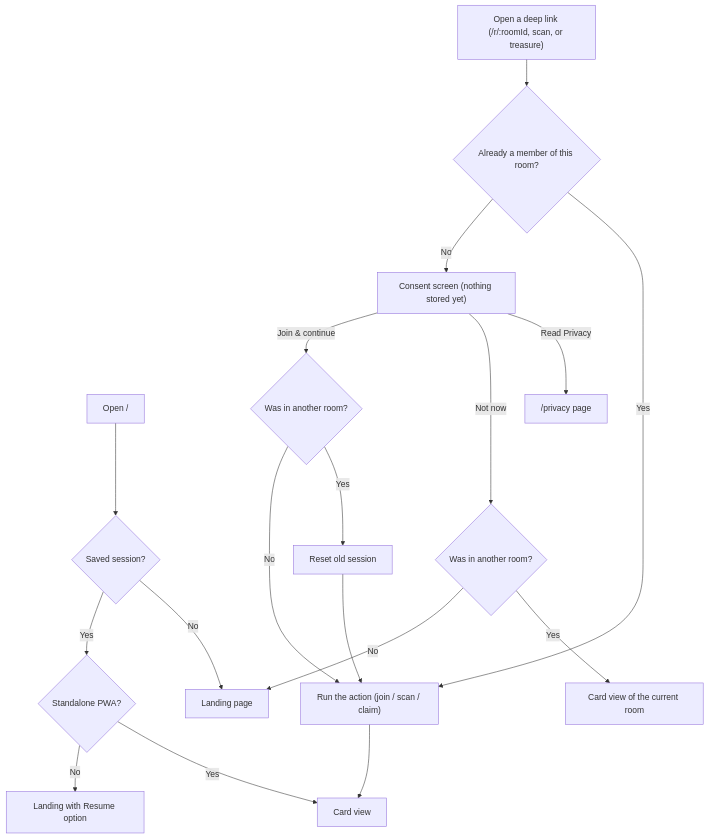
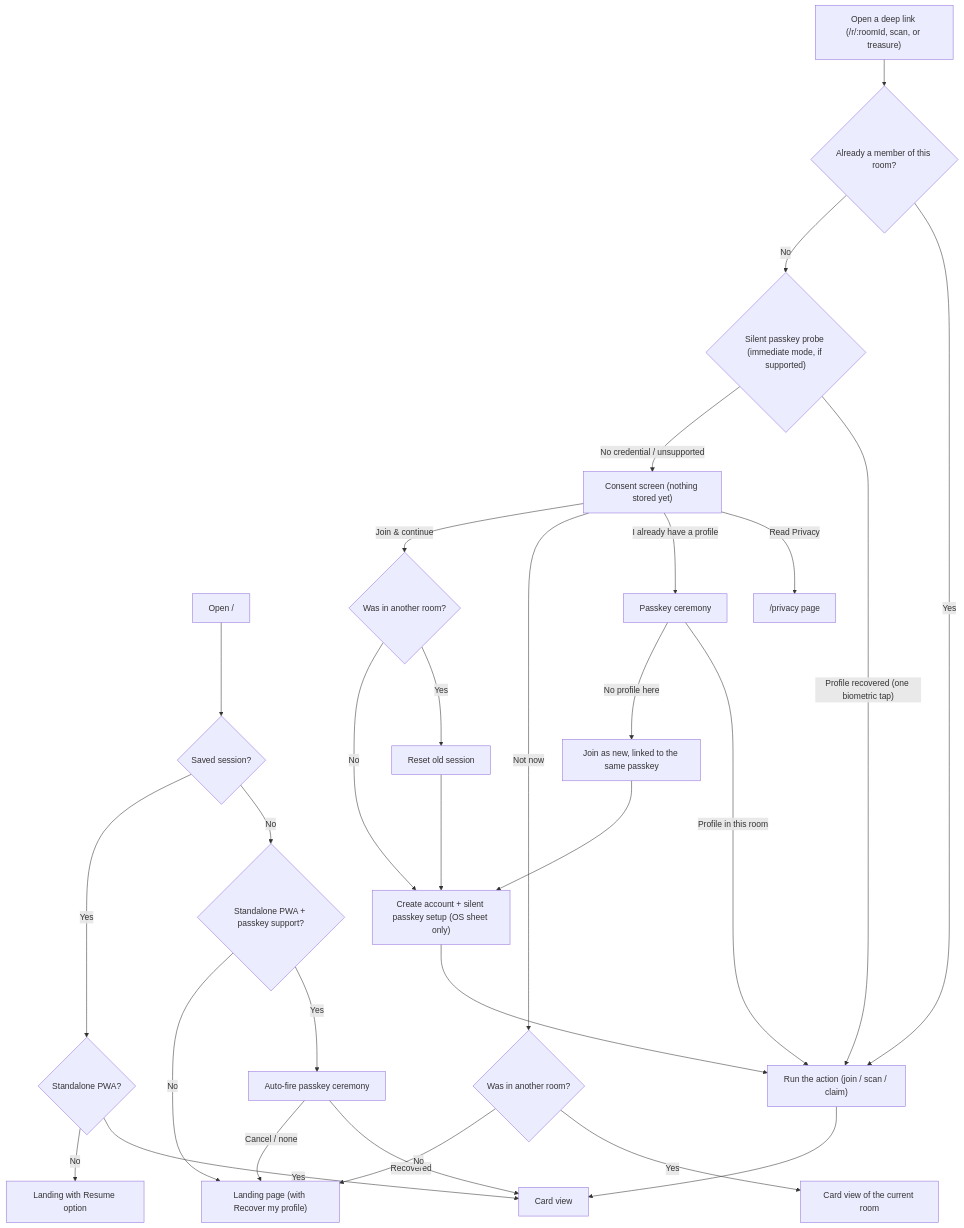
One commit to vhiribarren/qrmeet changed the first of 8 diagrams in docs/flows.md. Above: the diagram before and after it, drawn with Mermaid. The commit also changed other lines of this file and 26 other files, not shown here.

Commit message:
passkey: mechanism to not lose session in case of browser context change

````diff
--- a/docs/flows.md
+++ b/docs/flows.md
@@ -11,19 +11,29 @@
 ```mermaid
 graph TD
     Root["Open /"] --> RootSaved{Saved session?}
-    RootSaved -- No --> Landing[Landing page]
+    RootSaved -- No --> RootPwa{"Standalone PWA + passkey support?"}
+    RootPwa -- Yes --> AutoFire["Auto-fire passkey ceremony"]
+    AutoFire -- Recovered --> Card
+    AutoFire -- "Cancel / none" --> Landing["Landing page (with Recover my profile)"]
+    RootPwa -- No --> Landing
     RootSaved -- Yes --> RootMode{Standalone PWA?}
     RootMode -- Yes --> Card[Card view]
     RootMode -- No --> LandingResume[Landing with Resume option]
 
     Deep["Open a deep link (/r/:roomId, scan, or treasure)"] --> Member{Already a member of this room?}
     Member -- Yes --> Action["Run the action (join / scan / claim)"] --> Card
-    Member -- No --> Consent["Consent screen (nothing stored yet)"]
+    Member -- No --> Probe{"Silent passkey probe (immediate mode, if supported)"}
+    Probe -- "Profile recovered (one biometric tap)" --> Action
+    Probe -- "No credential / unsupported" --> Consent["Consent screen (nothing stored yet)"]
     Consent -- "Read Privacy" --> Privacy["/privacy page"]
+    Consent -- "I already have a profile" --> Ceremony["Passkey ceremony"]
+    Ceremony -- "Profile in this room" --> Action
+    Ceremony -- "No profile here" --> LinkPane["Join as new, linked to the same passkey"] --> Join
     Consent -- "Not now" --> Restore{Was in another room?}
     Restore -- Yes --> CardOld[Card view of the current room]
     Restore -- No --> Landing
     Consent -- "Join & continue" --> Switch{Was in another room?}
-    Switch -- Yes --> Reset["Reset old session"] --> Action
-    Switch -- No --> Action
+    Switch -- Yes --> Reset["Reset old session"] --> Join["Create account + silent passkey setup (OS sheet only)"]
+    Switch -- No --> Join
+    Join --> Action
 ```
````
